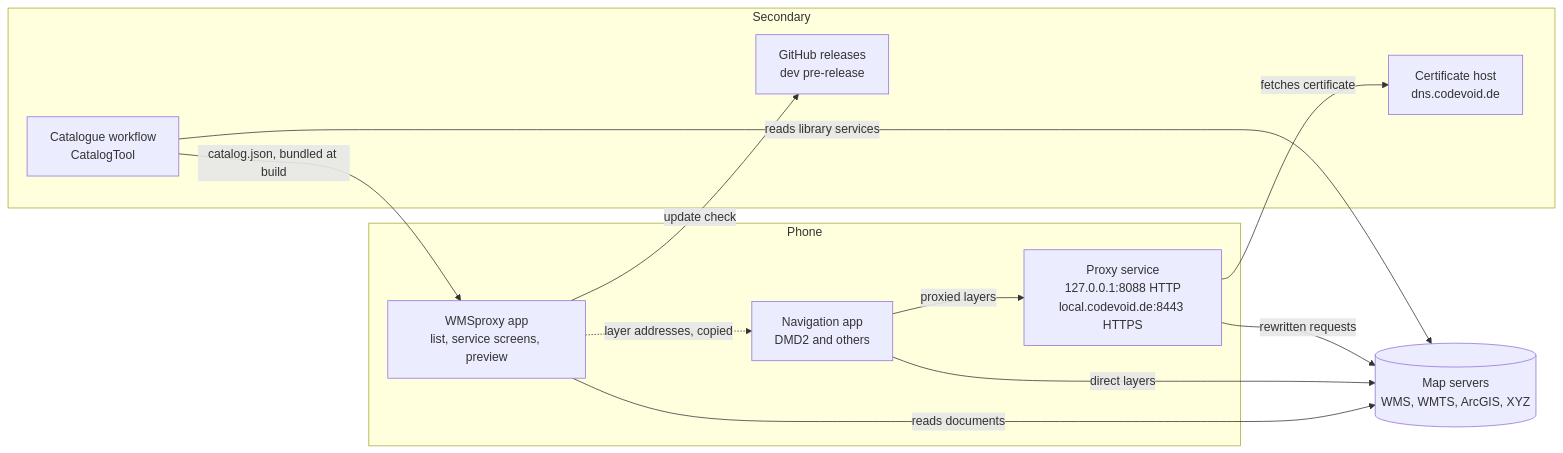
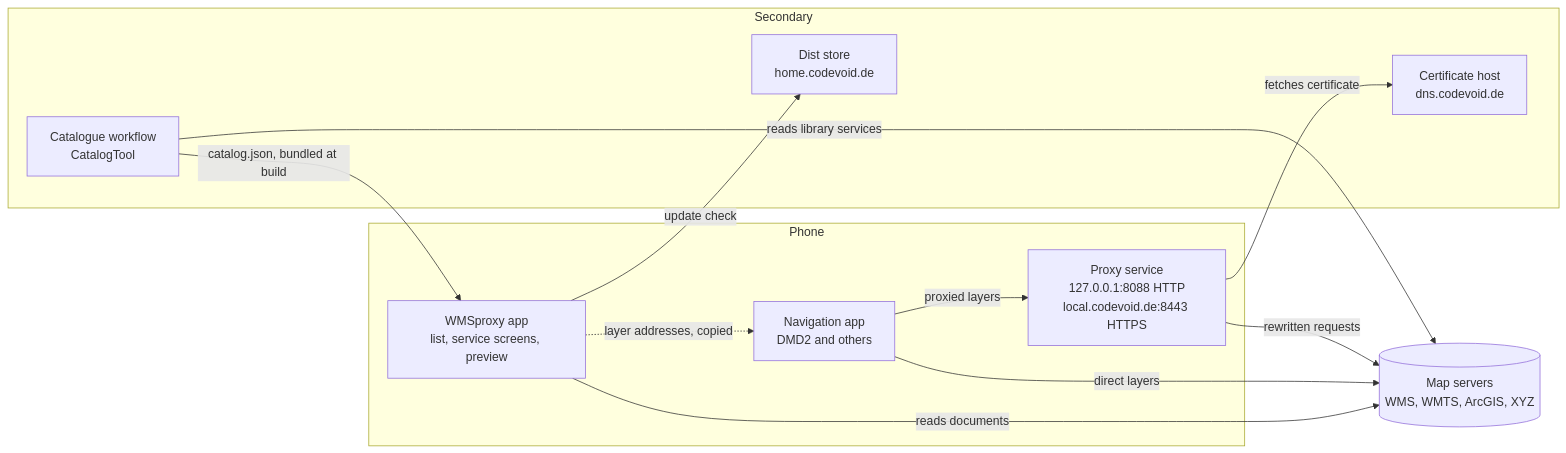
One commit to c0dev0id/WMSproxy changed the first of 2 diagrams in .github/architecture.md. Above: the diagram before and after it, drawn with Mermaid. The commit also changed 8 other files, not shown here.

First line of the commit message:
Check for updates against the dist store

````diff
--- a/.github/architecture.md
+++ b/.github/architecture.md
@@ -8,26 +8,26 @@
 ```mermaid
 flowchart LR
     subgraph phone [Phone]
         ui["WMSproxy app<br/>list, service screens, preview"]
         proxy["Proxy service<br/>127.0.0.1:8088 HTTP<br/>local.codevoid.de:8443 HTTPS"]
         nav["Navigation app<br/>DMD2 and others"]
     end
 
     upstream[("Map servers<br/>WMS, WMTS, ArcGIS, XYZ")]
 
     subgraph secondary [Secondary]
         cert["Certificate host<br/>dns.codevoid.de"]
-        releases["GitHub releases<br/>dev pre-release"]
+        dist["Dist store<br/>home.codevoid.de"]
         catalogue["Catalogue workflow<br/>CatalogTool"]
     end
 
     ui -- "reads documents" --> upstream
     ui -.->|layer addresses, copied| nav
     nav -- "direct layers" --> upstream
     nav -- "proxied layers" --> proxy
     proxy -- "rewritten requests" --> upstream
     proxy -- "fetches certificate" --> cert
-    ui -- "update check" --> releases
+    ui -- "update check" --> dist
     catalogue -- "reads library services" --> upstream
     catalogue -- "catalog.json, bundled at build" --> ui
 ```
````
